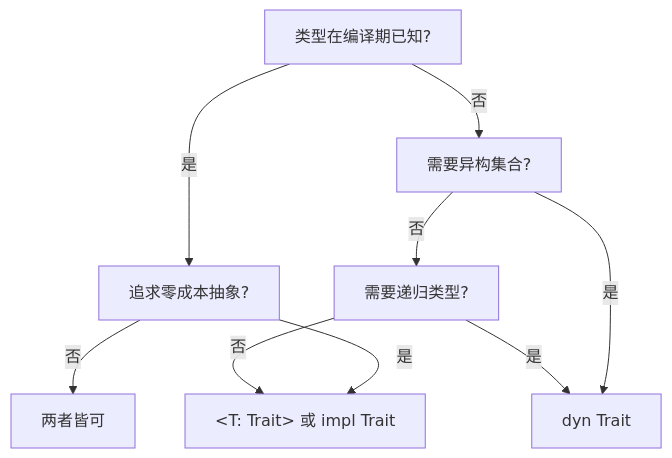
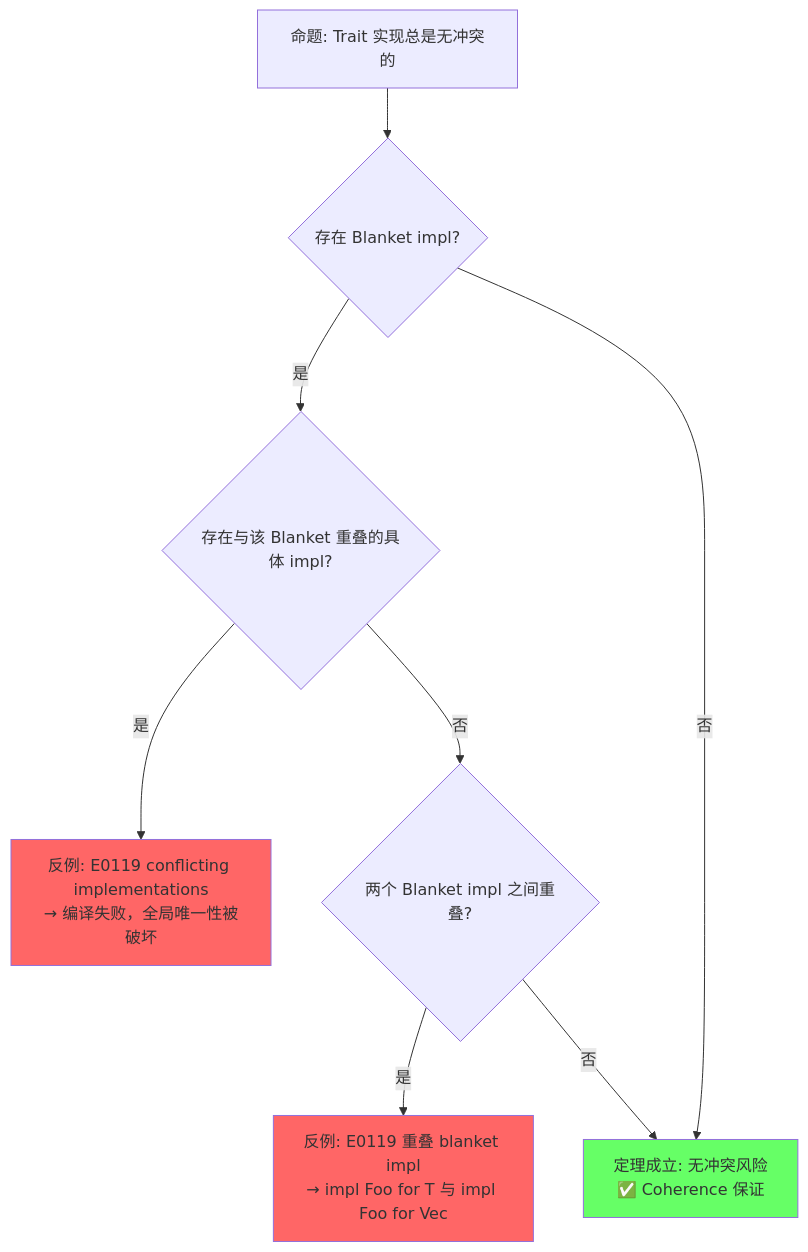
The second of 5 diagrams in concept/02_intermediate/01_traits.md (martin-ly/rust-lang), drawn with Mermaid before and after one commit. The commit also changed other lines of this file and 12 other files, not shown here.

````diff
--- a/concept/02_intermediate/01_traits.md
+++ b/concept/02_intermediate/01_traits.md
@@ -166,15 +345,14 @@
 ```mermaid
 graph TD
-    Q1[类型在编译期已知?] -->|是| Q2[追求零成本抽象?]
-    Q1 -->|否| Q3[需要异构集合?]
-    Q2 -->|是| A1[静态分发: impl Trait / 泛型约束]
-    Q2 -->|否| A2[动态分发: dyn Trait 也可]
-    Q3 -->|是| A3[动态分发: dyn Trait / Box<dyn Trait>]
-    Q3 -->|否| Q4[需要递归类型?]
-    Q4 -->|是| A3
-    Q4 -->|否| A1
+    P["命题: Trait 实现总是无冲突的"] --> Q1{"存在 Blanket impl?"}
+    Q1 -->|是| Q2{"存在与该 Blanket 重叠的具体 impl?"}
+    Q1 -->|否| T1["定理成立: 无冲突风险<br/>✅ Coherence 保证"]
+    Q2 -->|是| F1["反例: E0119 conflicting implementations<br/>→ 编译失败，全局唯一性被破坏"]
+    Q2 -->|否| Q3{"两个 Blanket impl 之间重叠?"}
+    Q3 -->|是| F2["反例: E0119 重叠 blanket impl<br/>→ impl<T> Foo for T 与 impl<T> Foo for Vec<T>"]
+    Q3 -->|否| T1
 
-    A1[&lt;T: Trait&gt; 或 impl Trait]
-    A2[两者皆可]
-    A3[dyn Trait]
+    style F1 fill:#f66
+    style F2 fill:#f66
+    style T1 fill:#6f6
 ```
````
